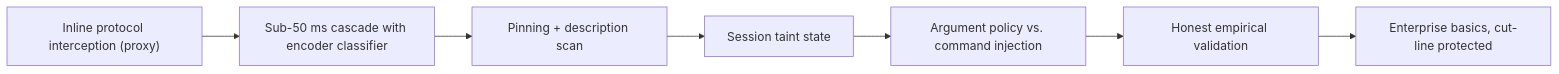
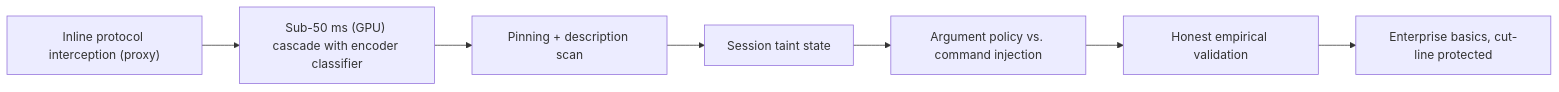
One commit to rishikeshvarma/MCP-Shield changed the fifth of 10 diagrams in MCP-Shield Complete Presentation Script & Project Blueprint.md. Above: the diagram before and after it, drawn with Mermaid. The commit also changed other lines of this file and 13 other files, not shown here.

First line of the commit message:
Fix table rendering in Review-2 content; export diagrams as PNGs

````diff
--- a/MCP-Shield Complete Presentation Script & Project Blueprint.md
+++ b/MCP-Shield Complete Presentation Script & Project Blueprint.md
@@ -172,9 +172,9 @@
 ```mermaid
 graph LR
-    Obj1["Inline protocol interception (proxy)"] --> Obj2["Sub-50 ms cascade with encoder classifier"]
+    Obj1["Inline protocol interception (proxy)"] --> Obj2["Sub-50 ms (GPU) cascade with encoder classifier"]
     Obj2 --> Obj3["Pinning + description scan"]
     Obj3 --> Obj4["Session taint state"]
     Obj4 --> Obj5["Argument policy vs. command injection"]
     Obj5 --> Obj6["Honest empirical validation"]
     Obj6 --> Obj7["Enterprise basics, cut-line protected"]
 ```
````
